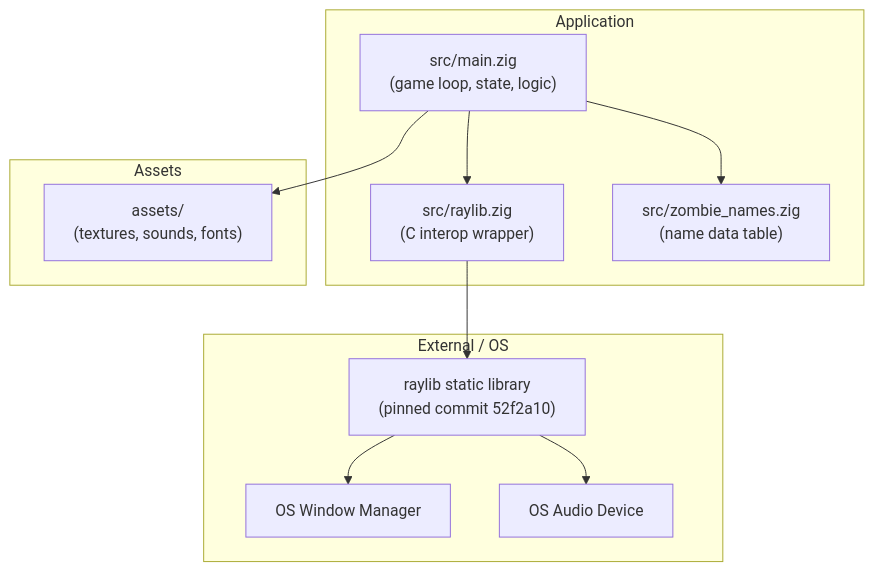
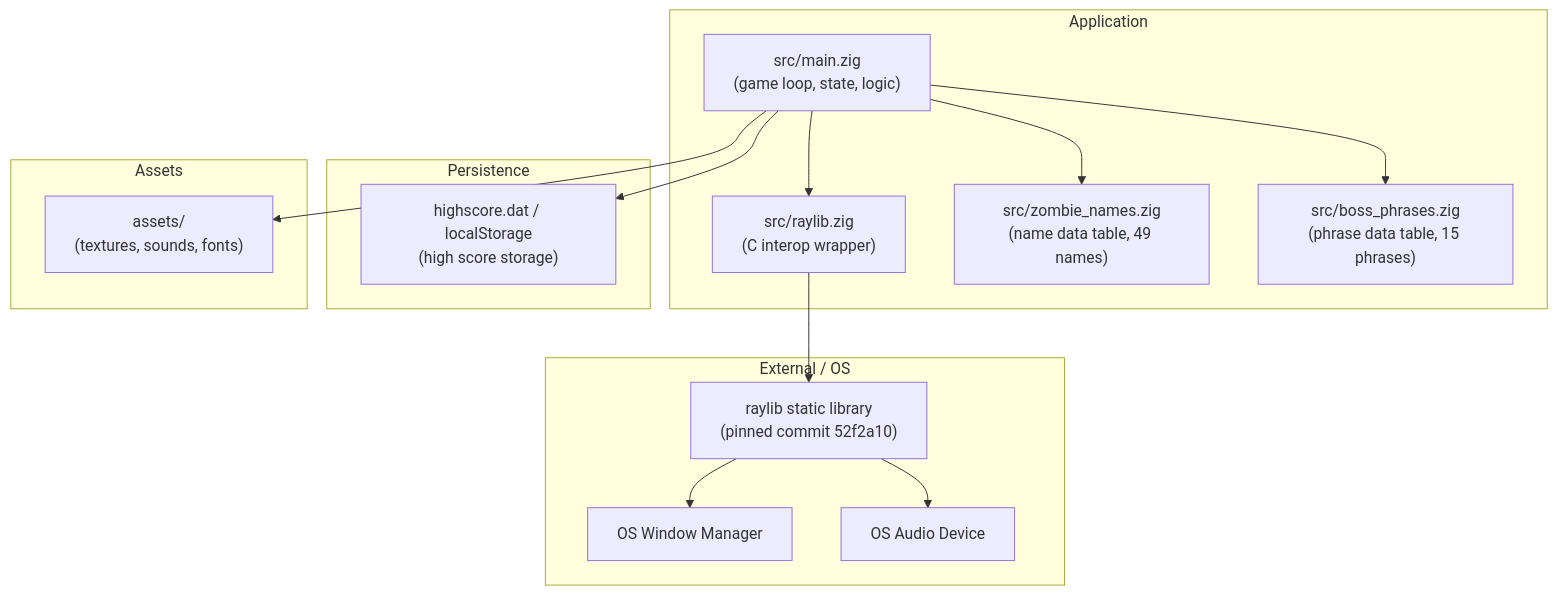
The first of 3 diagrams in specs/specifications/architecture.md (bfernandez31/death-note), drawn with Mermaid before and after one commit. The commit also changed other lines of this file and 8 other files, not shown here.

````diff
--- a/specs/specifications/architecture.md
+++ b/specs/specifications/architecture.md
@@ -41,25 +48,32 @@
 ```mermaid
 graph TB
     subgraph Application
         MAIN["src/main.zig\n(game loop, state, logic)"]
         RLIB["src/raylib.zig\n(C interop wrapper)"]
-        NAMES["src/zombie_names.zig\n(name data table)"]
+        NAMES["src/zombie_names.zig\n(name data table, 49 names)"]
+        PHRASES["src/boss_phrases.zig\n(phrase data table, 15 phrases)"]
+    end
+
+    subgraph Persistence
+        HIGHSCORE["highscore.dat / localStorage\n(high score storage)"]
     end
 
     subgraph External_OS["External / OS"]
         RAYLIB_LIB["raylib static library\n(pinned commit 52f2a10)"]
         WINDOW["OS Window Manager"]
         AUDIO["OS Audio Device"]
     end
 
     subgraph Assets
         ASSETS["assets/\n(textures, sounds, fonts)"]
     end
 
     MAIN --> RLIB
     MAIN --> NAMES
+    MAIN --> PHRASES
+    MAIN --> HIGHSCORE
     RLIB --> RAYLIB_LIB
     RAYLIB_LIB --> WINDOW
     RAYLIB_LIB --> AUDIO
     MAIN --> ASSETS
 ```
````
